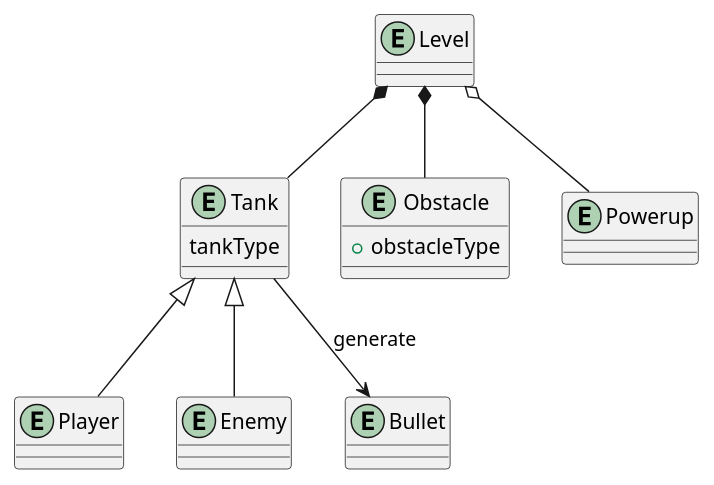
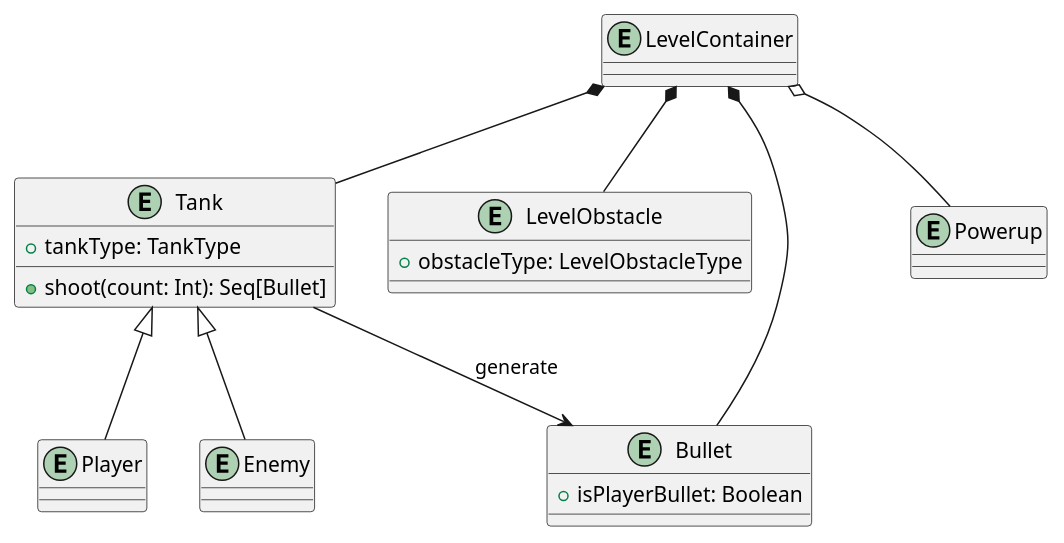
Before and after one commit to Alb-Ard/PPS-23-sbtanks: the diagram in docs/2_Requisiti.md, drawn with PlantUML. The commit also changed other lines of this file, not shown here.

````diff
--- a/docs/2_Requisiti.md
+++ b/docs/2_Requisiti.md
@@ -15,22 +15,26 @@
 ```plantuml
 @startuml
 entity Tank {
-	tankType
+	+tankType: TankType
+	+shoot(count: Int): Seq[Bullet]
 }
 entity Player
 entity Enemy
-entity Obstacle {
-	+obstacleType
+entity LevelObstacle {
+	+obstacleType: LevelObstacleType
 }
-entity Bullet
-entity Level
+entity Bullet {
+	+isPlayerBullet: Boolean
+}
+entity LevelContainer
 entity Powerup
 
-Level o-- Powerup
-Level *-- Obstacle
-Level *-- Tank
+LevelContainer o-- Powerup
+LevelContainer *-- LevelObstacle
+LevelContainer *-- Tank
+LevelContainer *-- Bullet
 Tank <|-- Player
 Tank <|-- Enemy
 Tank --> Bullet: generate
 @enduml
 ```
````
